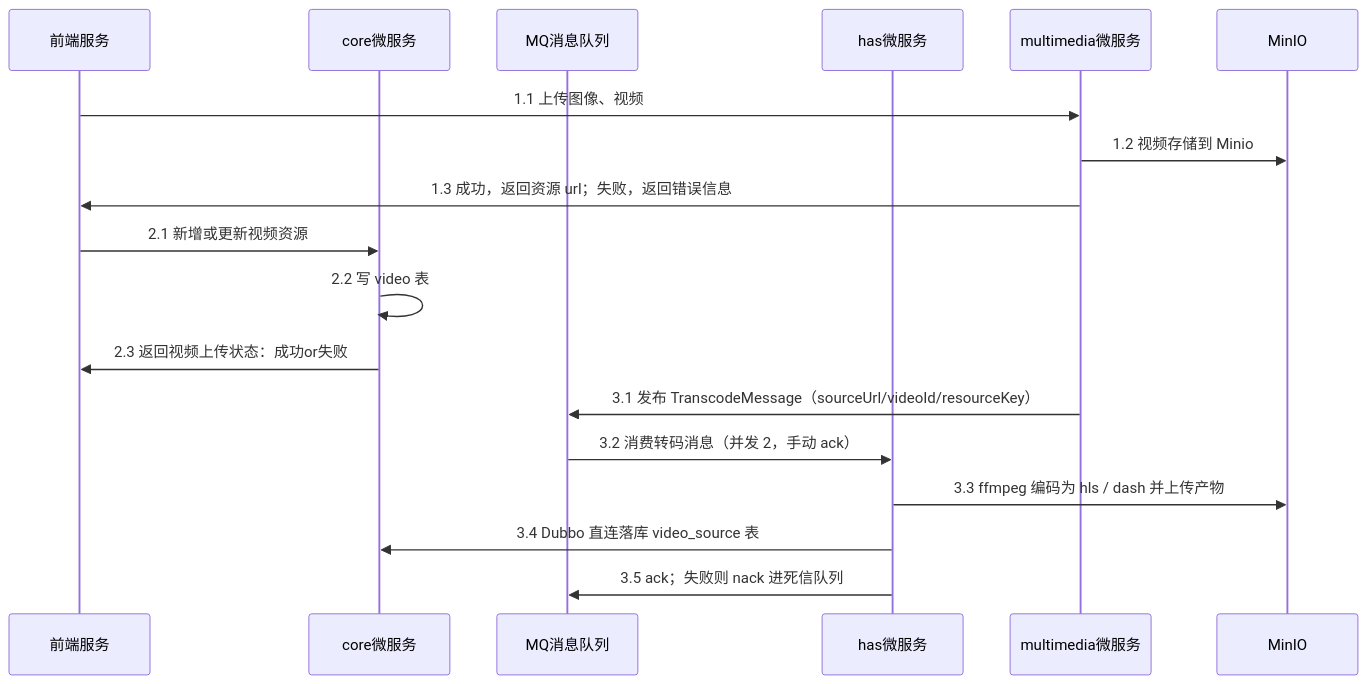
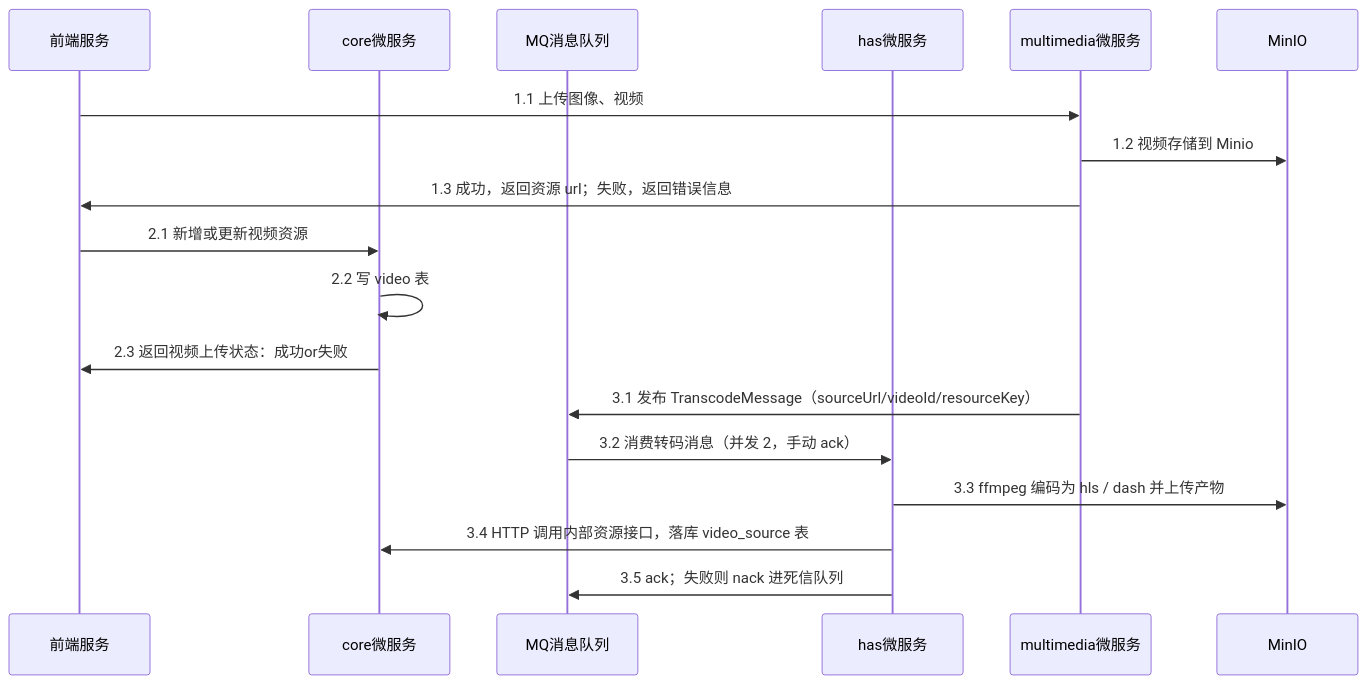
One commit to xiaolinstar/magic-video-backend changed the diagram in has/README.md. Above: the diagram before and after it, drawn with Mermaid. The commit also changed other lines of this file and 21 other files, not shown here.

````diff
--- a/has/README.md
+++ b/has/README.md
@@ -31,20 +31,20 @@
 ```mermaid
 sequenceDiagram
     participant 前端服务
     participant core微服务
     participant MQ消息队列
     participant has微服务
     participant multimedia微服务
     participant MinIO
     前端服务 ->> multimedia微服务: 1.1 上传图像、视频
     multimedia微服务 ->> MinIO: 1.2 视频存储到 Minio
     multimedia微服务 ->> 前端服务: 1.3 成功，返回资源 url；失败，返回错误信息
     前端服务 ->> core微服务: 2.1 新增或更新视频资源
     core微服务 ->> core微服务: 2.2 写 video 表
     core微服务 ->> 前端服务: 2.3 返回视频上传状态：成功or失败
     multimedia微服务 ->> MQ消息队列: 3.1 发布 TranscodeMessage（sourceUrl/videoId/resourceKey）
     MQ消息队列 ->> has微服务: 3.2 消费转码消息（并发 2，手动 ack）
     has微服务 ->> MinIO: 3.3 ffmpeg 编码为 hls / dash 并上传产物
-    has微服务 ->> core微服务: 3.4 Dubbo 直连落库 video_source 表
+    has微服务 ->> core微服务: 3.4 HTTP 调用内部资源接口，落库 video_source 表
     has微服务 ->> MQ消息队列: 3.5 ack；失败则 nack 进死信队列
 ```
````
